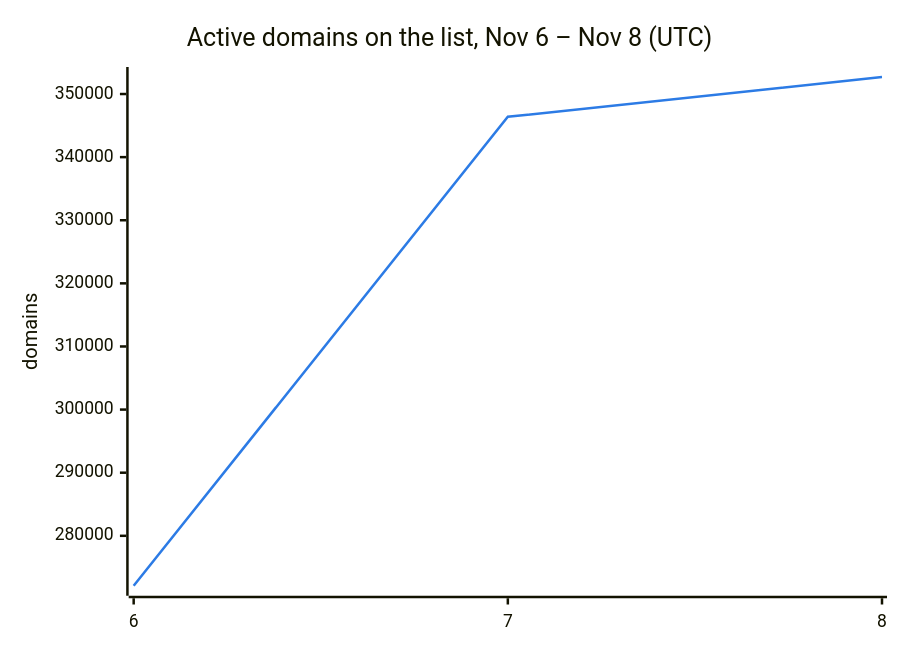
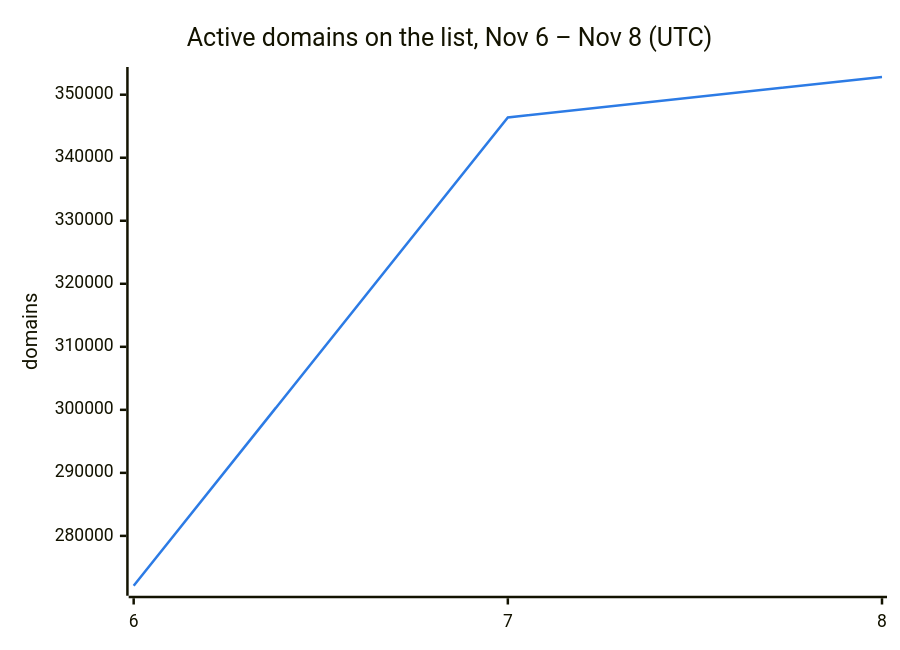
The second of 3 diagrams in README.md (DNSBunker/CTI), drawn with Mermaid before and after one commit. The commit also changed other lines of this file and 3 other files, not shown here.

````diff
--- a/README.md
+++ b/README.md
@@ -38,8 +38,8 @@
 ```mermaid
 %%{init: {"themeVariables": {"xyChart": {"plotColorPalette": "#2c7be5"}}}}%%
 xychart-beta
     title "Active domains on the list, Nov 6 – Nov 8 (UTC)"
     x-axis ["6", "7", "8"]
     y-axis "domains"
-    line [272088, 346388, 352696]
+    line [272088, 346388, 352809]
 ```
````
